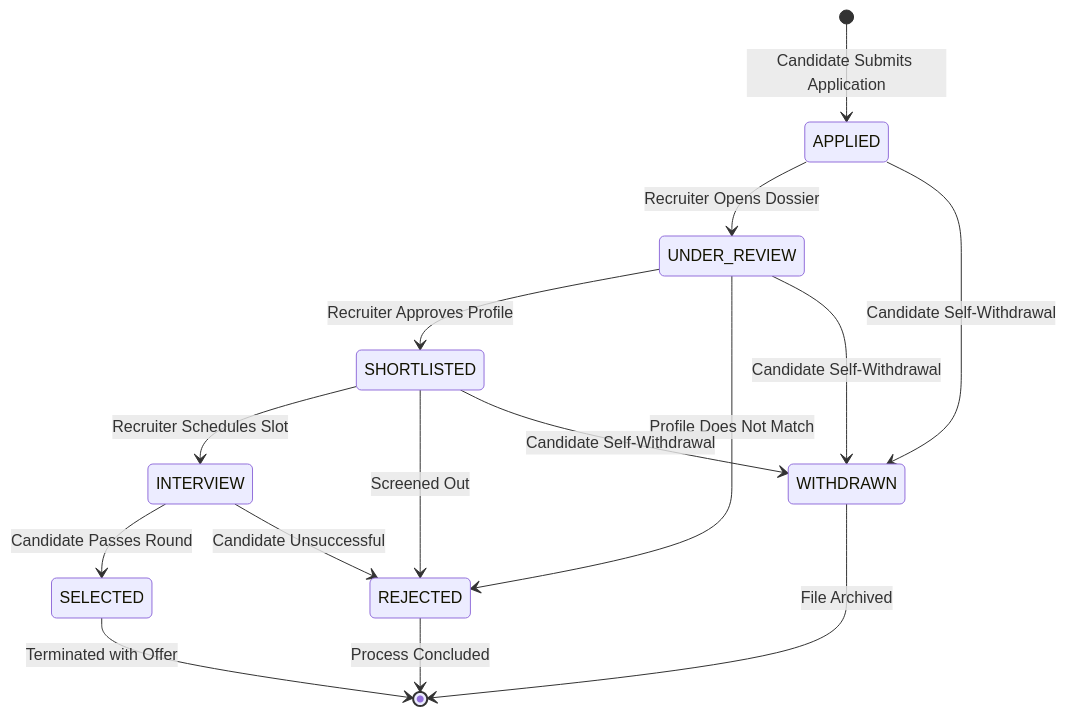
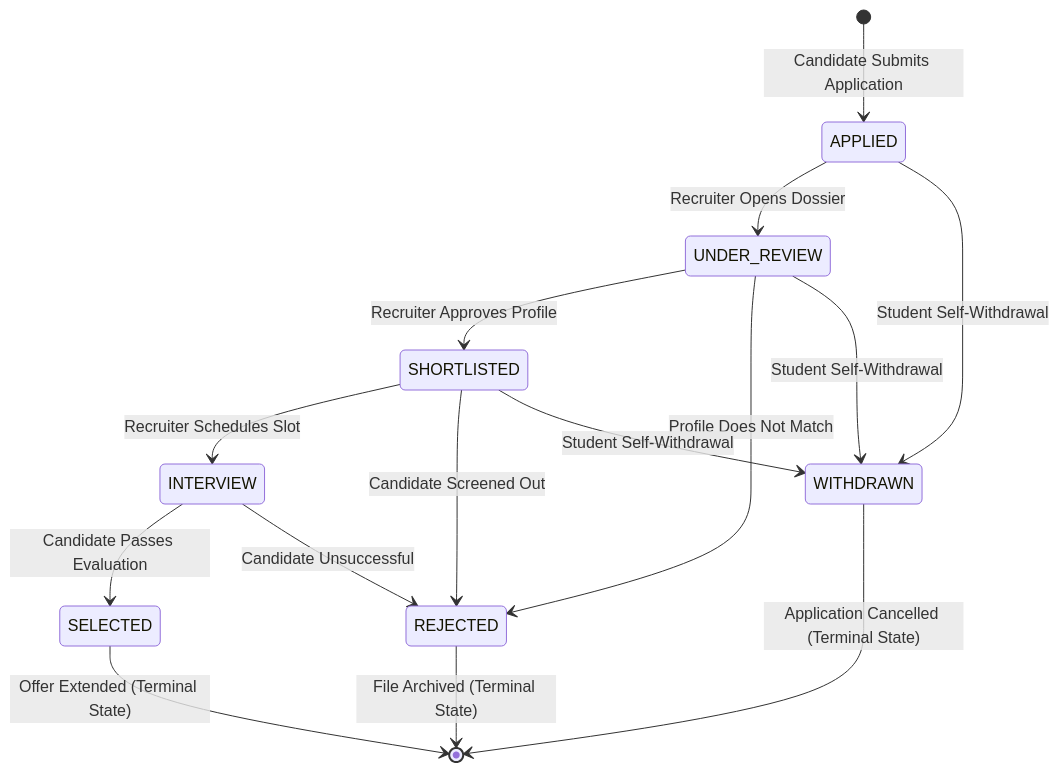
The fourth of 5 diagrams in PROJECT_REPORT.md (joyalreji1/INTERNDESK), drawn with Mermaid before and after one commit. The commit also changed other lines of this file, not shown here.

````diff
--- a/PROJECT_REPORT.md
+++ b/PROJECT_REPORT.md
@@ -255,22 +404,22 @@
 ```mermaid
 stateDiagram-v2
     [*] --> APPLIED : Candidate Submits Application
     
     APPLIED --> UNDER_REVIEW : Recruiter Opens Dossier
-    APPLIED --> WITHDRAWN : Candidate Self-Withdrawal
+    APPLIED --> WITHDRAWN : Student Self-Withdrawal
     
     UNDER_REVIEW --> SHORTLISTED : Recruiter Approves Profile
     UNDER_REVIEW --> REJECTED : Profile Does Not Match
-    UNDER_REVIEW --> WITHDRAWN : Candidate Self-Withdrawal
+    UNDER_REVIEW --> WITHDRAWN : Student Self-Withdrawal
     
     SHORTLISTED --> INTERVIEW : Recruiter Schedules Slot
-    SHORTLISTED --> REJECTED : Screened Out
-    SHORTLISTED --> WITHDRAWN : Candidate Self-Withdrawal
+    SHORTLISTED --> REJECTED : Candidate Screened Out
+    SHORTLISTED --> WITHDRAWN : Student Self-Withdrawal
     
-    INTERVIEW --> SELECTED : Candidate Passes Round
+    INTERVIEW --> SELECTED : Candidate Passes Evaluation
     INTERVIEW --> REJECTED : Candidate Unsuccessful
     
-    SELECTED --> [*] : Terminated with Offer
-    REJECTED --> [*] : Process Concluded
-    WITHDRAWN --> [*] : File Archived
+    SELECTED --> [*] : Offer Extended (Terminal State)
+    REJECTED --> [*] : File Archived (Terminal State)
+    WITHDRAWN --> [*] : Application Cancelled (Terminal State)
 ```
````
